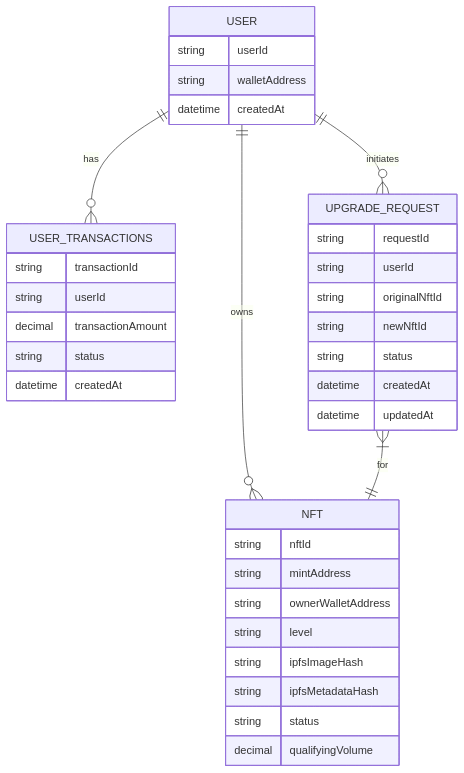
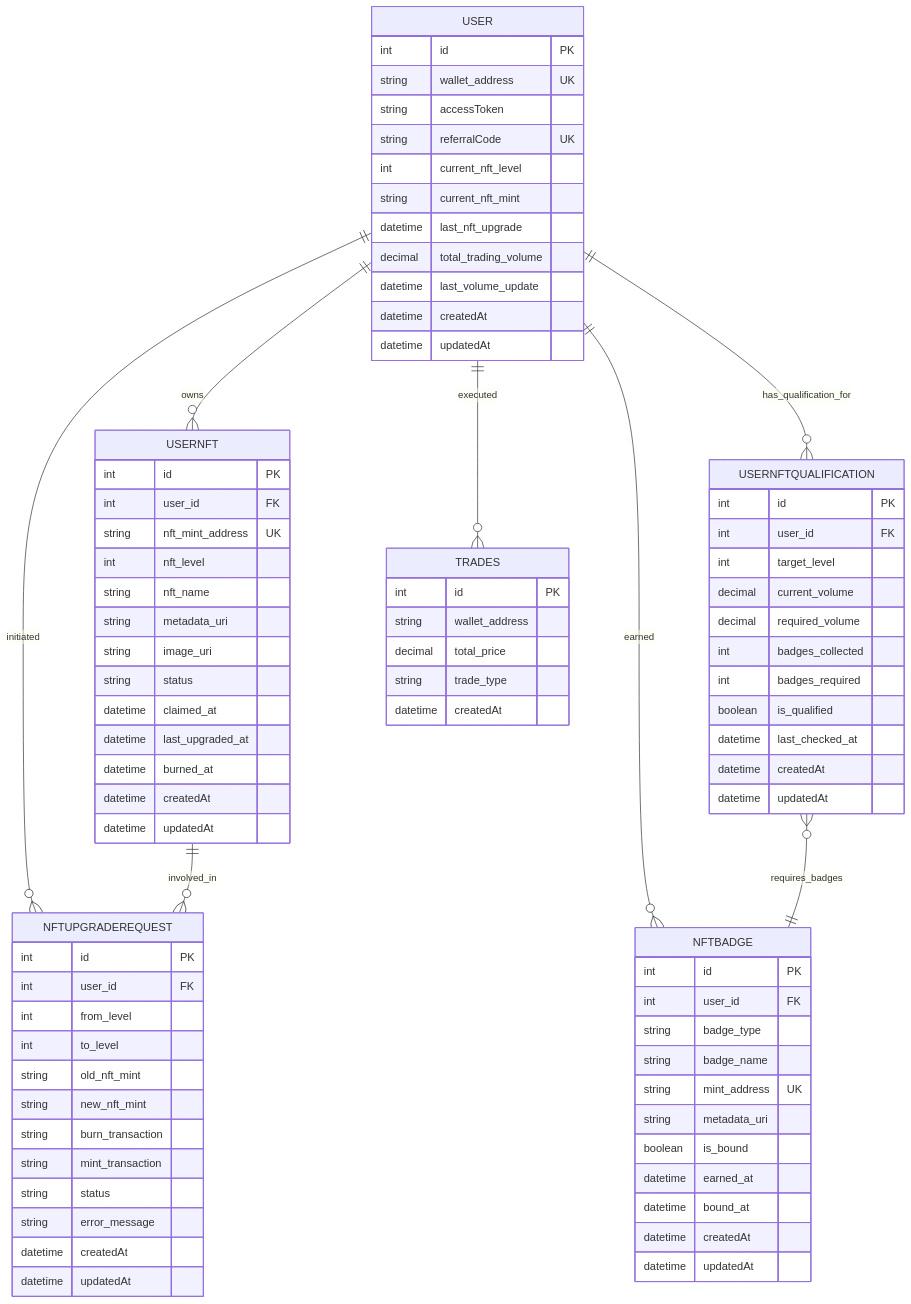
The diagram in docs/AIW3-NFT-Data-Model.md (ljg-cqu/aiw3-nft-solana), drawn with Mermaid before and after one commit. The commit also changed 2 other files, not shown here.

Commit message:
docs: update system diagrams with detailed data models and integration flows

````diff
--- a/docs/AIW3-NFT-Data-Model.md
+++ b/docs/AIW3-NFT-Data-Model.md
@@ -566,42 +566,91 @@
 ```mermaid
 erDiagram
     USER {
-        string userId
-        string walletAddress
+        int id PK
+        string wallet_address UK
+        string accessToken
+        string referralCode UK
+        int current_nft_level
+        string current_nft_mint
+        datetime last_nft_upgrade
+        decimal total_trading_volume
+        datetime last_volume_update
         datetime createdAt
+        datetime updatedAt
     }
     
-    USER_TRANSACTIONS {
-        string transactionId
-        string userId
-        decimal transactionAmount
+    USERNFT {
+        int id PK
+        int user_id FK
+        string nft_mint_address UK
+        int nft_level
+        string nft_name
+        string metadata_uri
+        string image_uri
         string status
-        datetime createdAt
-    }
-
-    NFT {
-        string nftId
-        string mintAddress
-        string ownerWalletAddress
-        string level
-        string ipfsImageHash
-        string ipfsMetadataHash
-        string status
-        decimal qualifyingVolume
-    }
-
-    UPGRADE_REQUEST {
-        string requestId
-        string userId
-        string originalNftId
-        string newNftId
-        string status
+        datetime claimed_at
+        datetime last_upgraded_at
+        datetime burned_at
         datetime createdAt
         datetime updatedAt
     }
 
-    USER ||--o{ USER_TRANSACTIONS : has
-    USER ||--o{ UPGRADE_REQUEST : initiates
-    USER ||--o{ NFT : owns
-    UPGRADE_REQUEST }|--|| NFT : for
+    USERNFTQUALIFICATION {
+        int id PK
+        int user_id FK
+        int target_level
+        decimal current_volume
+        decimal required_volume
+        int badges_collected
+        int badges_required
+        boolean is_qualified
+        datetime last_checked_at
+        datetime createdAt
+        datetime updatedAt
+    }
+
+    NFTBADGE {
+        int id PK
+        int user_id FK
+        string badge_type
+        string badge_name
+        string mint_address UK
+        string metadata_uri
+        boolean is_bound
+        datetime earned_at
+        datetime bound_at
+        datetime createdAt
+        datetime updatedAt
+    }
+
+    NFTUPGRADEREQUEST {
+        int id PK
+        int user_id FK
+        int from_level
+        int to_level
+        string old_nft_mint
+        string new_nft_mint
+        string burn_transaction
+        string mint_transaction
+        string status
+        string error_message
+        datetime createdAt
+        datetime updatedAt
+    }
+
+    TRADES {
+        int id PK
+        string wallet_address
+        decimal total_price
+        string trade_type
+        datetime createdAt
+    }
+
+    USER ||--o{ USERNFT : owns
+    USER ||--o{ USERNFTQUALIFICATION : has_qualification_for
+    USER ||--o{ NFTBADGE : earned
+    USER ||--o{ NFTUPGRADEREQUEST : initiated
+    USER ||--o{ TRADES : executed
+    USERNFT ||--o{ NFTUPGRADEREQUEST : involved_in
+    USERNFTQUALIFICATION }o--|| NFTBADGE : requires_badges
 ```
````
